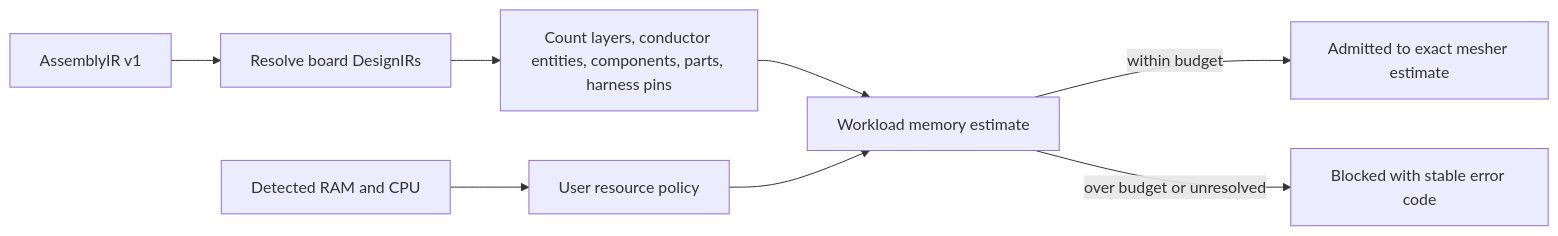
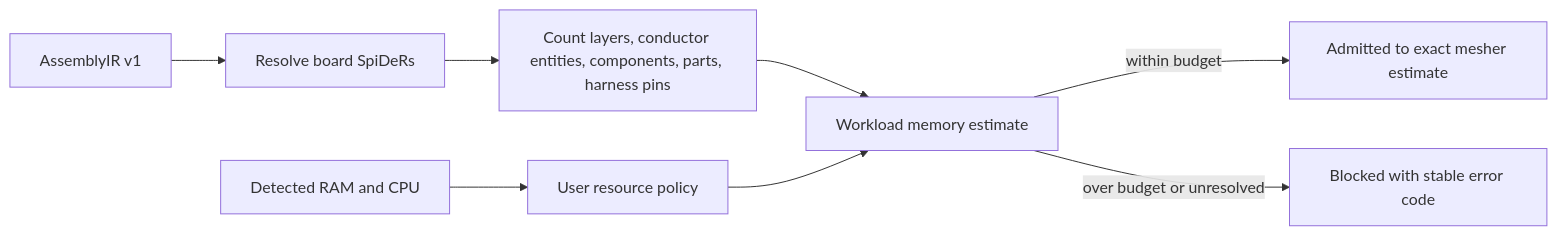
One commit to krishna-swaroop/SPIKE changed the third of 8 diagrams in docs/CAD_NEUTRAL_NATIVE_MULTIPHYSICS_FOUNDATION.md. Above: the diagram before and after it, drawn with Mermaid. The commit also changed other lines of this file and 523 other files, not shown here.

````diff
--- a/docs/CAD_NEUTRAL_NATIVE_MULTIPHYSICS_FOUNDATION.md
+++ b/docs/CAD_NEUTRAL_NATIVE_MULTIPHYSICS_FOUNDATION.md
@@ -110,10 +110,10 @@
 ```mermaid
 flowchart LR
-    A["AssemblyIR v1"] --> R["Resolve board DesignIRs"]
+    A["AssemblyIR v1"] --> R["Resolve board SpiDeRs"]
     R --> C["Count layers, conductor entities, components, parts, harness pins"]
     C --> E["Workload memory estimate"]
     M["Detected RAM and CPU"] --> P["User resource policy"]
     P --> E
     E -->|within budget| OK["Admitted to exact mesher estimate"]
     E -->|over budget or unresolved| STOP["Blocked with stable error code"]
 ```
````
